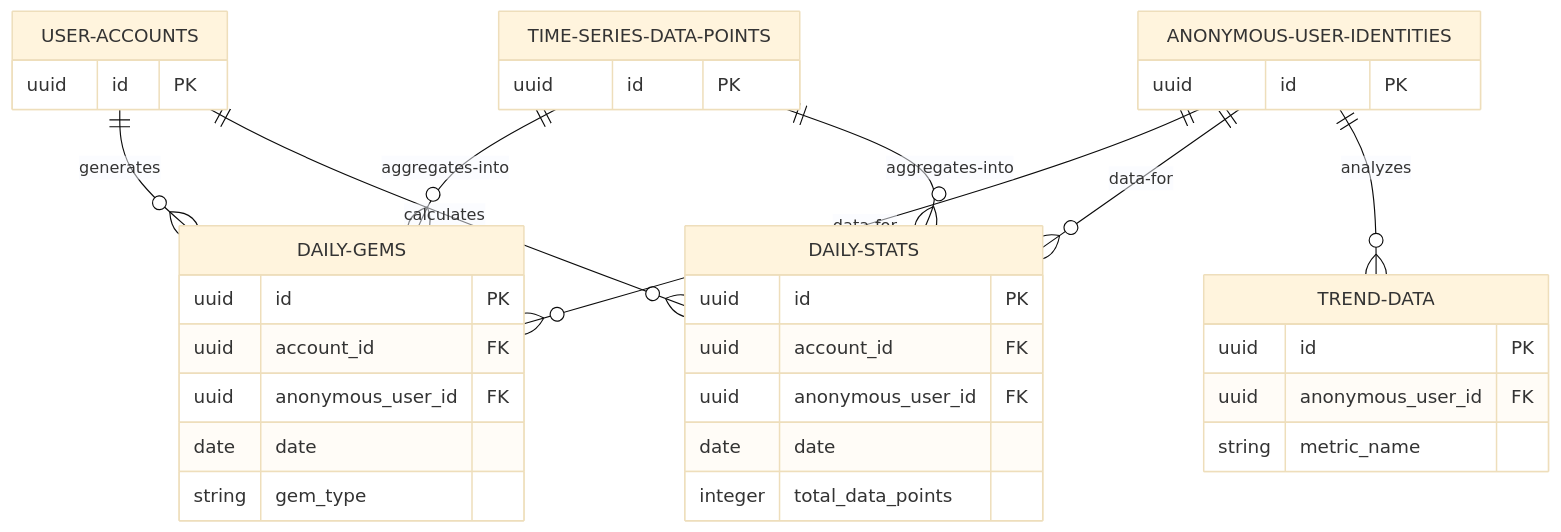
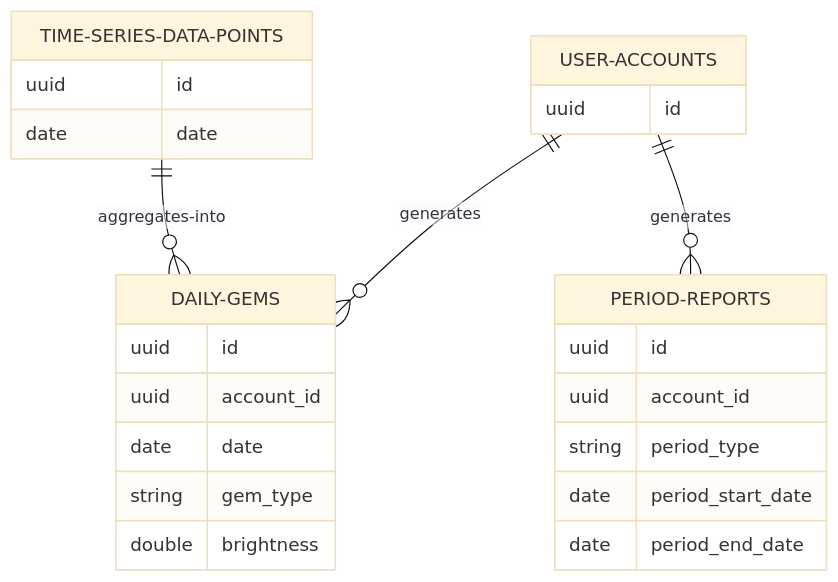
Before and after one commit to neomakes/neopip: the fifth of 8 diagrams in 01_Planning/DATABASE_SCHEMA_MERMAID_ERD.md, drawn with Mermaid (base theme). The commit also changed other lines of this file and 1 other file, not shown here.

Commit message:
docs(db): update sql/mermaid ERD and update DB schema design

````diff
--- a/01_Planning/DATABASE_SCHEMA_MERMAID_ERD.md
+++ b/01_Planning/DATABASE_SCHEMA_MERMAID_ERD.md
@@ -587,45 +445,32 @@
 ```mermaid
 erDiagram
     USER-ACCOUNTS ||--o{ DAILY-GEMS : generates
-    USER-ACCOUNTS ||--o{ DAILY-STATS : calculates
-    ANONYMOUS-USER-IDENTITIES ||--o{ DAILY-GEMS : "data-for"
-    ANONYMOUS-USER-IDENTITIES ||--o{ DAILY-STATS : "data-for"
-    ANONYMOUS-USER-IDENTITIES ||--o{ TREND-DATA : analyzes
+    TIME-SERIES-DATA-POINTS ||--o{ DAILY-GEMS : "aggregates-into"
     
-    TIME-SERIES-DATA-POINTS ||--o{ DAILY-GEMS : "aggregates-into"
-    TIME-SERIES-DATA-POINTS ||--o{ DAILY-STATS : "aggregates-into"
+    USER-ACCOUNTS ||--o{ PERIOD-REPORTS : generates
 
     USER-ACCOUNTS {
-        uuid id PK
-    }
-
-    ANONYMOUS-USER-IDENTITIES {
-        uuid id PK
+        uuid id
     }
 
     TIME-SERIES-DATA-POINTS {
-        uuid id PK
+        uuid id
+        date date
     }
 
     DAILY-GEMS {
-        uuid id PK
-        uuid account_id FK
-        uuid anonymous_user_id FK
+        uuid id
+        uuid account_id
         date date
         string gem_type
+        double brightness
     }
 
-    DAILY-STATS {
-        uuid id PK
-        uuid account_id FK
-        uuid anonymous_user_id FK
-        date date
-        integer total_data_points
-    }
-
-    TREND-DATA {
-        uuid id PK
-        uuid anonymous_user_id FK
-        string metric_name
+    PERIOD-REPORTS {
+        uuid id
+        uuid account_id
+        string period_type
+        date period_start_date
+        date period_end_date
     }
 ```
````
